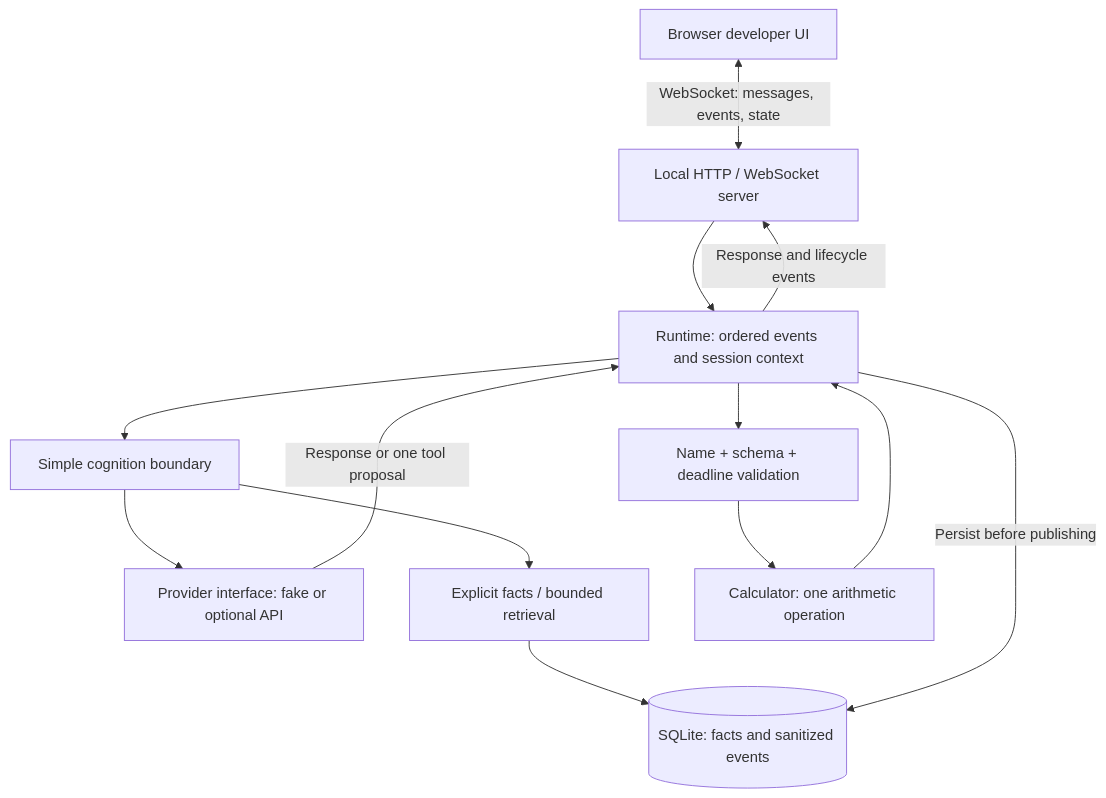
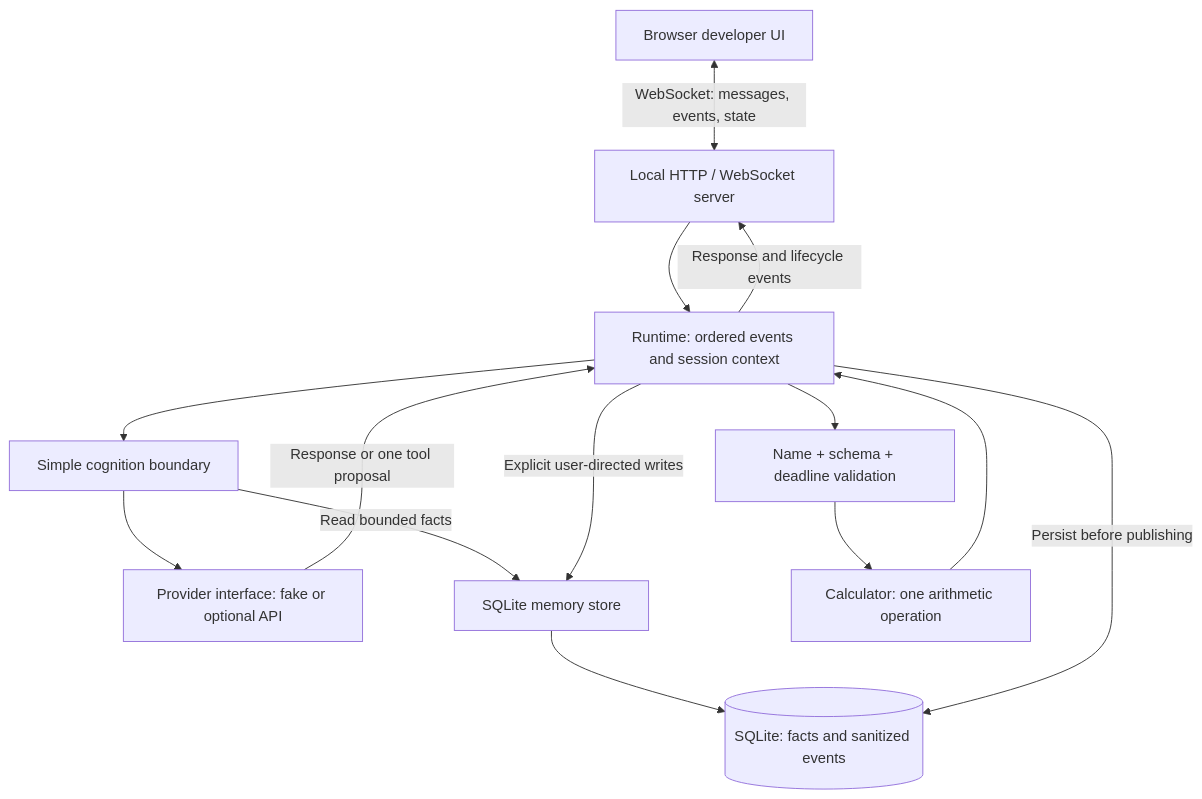
The diagram in README.md (ComputerByte/realtime-ai-runtime), drawn with Mermaid before and after one commit. The commit also changed other lines of this file and 1 other file, not shown here.

````diff
--- a/README.md
+++ b/README.md
@@ -40,15 +46,16 @@
 ```mermaid
 flowchart TD
     UI[Browser developer UI] <-->|WebSocket: messages, events, state| Server[Local HTTP / WebSocket server]
     Server --> Runtime[Runtime: ordered events and session context]
     Runtime --> Cognition[Simple cognition boundary]
     Cognition --> Provider[Provider interface: fake or optional API]
-    Cognition --> Memory[Explicit facts / bounded retrieval]
+    Cognition -->|Read bounded facts| Memory[SQLite memory store]
+    Runtime -->|Explicit user-directed writes| Memory
     Memory --> SQLite[(SQLite: facts and sanitized events)]
     Runtime -->|Persist before publishing| SQLite
     Provider -->|Response or one tool proposal| Runtime
     Runtime --> Gate[Name + schema + deadline validation]
     Gate --> Calculator[Calculator: one arithmetic operation]
     Calculator --> Runtime
     Runtime -->|Response and lifecycle events| Server
 ```
````
